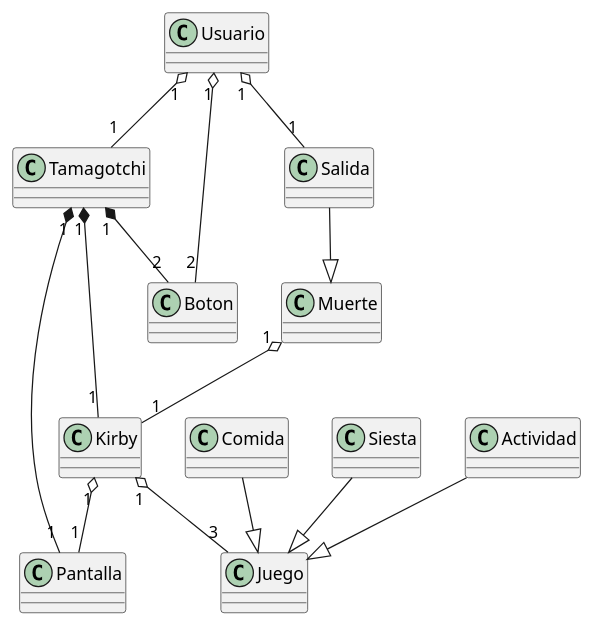
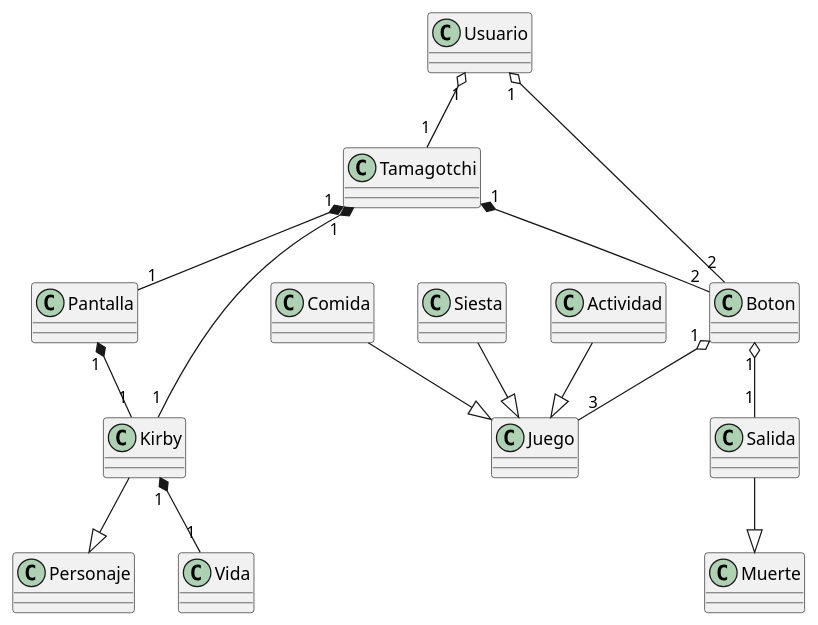
Before and after one commit to CGZarate2/SOLITAIRE: the diagram in Tamagotchi/docs/diagrama.puml, drawn with PlantUML.

```diff
--- a/Tamagotchi/docs/diagrama.puml
+++ b/Tamagotchi/docs/diagrama.puml
@@ -1,31 +1,35 @@
 @startuml Diagrama
 
     Class Usuario
     Class Tamagotchi
     Class Pantalla
     Class Boton
     Class Kirby
+    Class Personaje
     Class Juego
     Class Comida
     Class Siesta
     Class Actividad
     Class Salida
+    Class Vida
     Class Muerte
     
     Usuario "1" o-- "1" Tamagotchi
-    Usuario "1" o-- "1" Salida
     Tamagotchi "1" *-- "1" Pantalla
     Tamagotchi "1" *-- "2" Boton
     Tamagotchi "1" *-- "1" Kirby
 
-    Kirby "1" o-- "1" Pantalla
-    Kirby "1" o-- "3" Juego
     Usuario "1" o-- "2" Boton
-    Muerte "1" o-- "1" Kirby
-
+    Boton "1" o-- "3" Juego
+    Boton "1" o-- "1" Salida
+    Kirby "1" *-- "1" Vida
+    Pantalla "1" *-- "1" Kirby
+    
+    Kirby --|> Personaje
+    Salida --|> Muerte
     Comida --|> Juego
     Siesta --|> Juego
     Actividad --|> Juego
-    Salida --|> Muerte
+    
 
 @enduml
```
